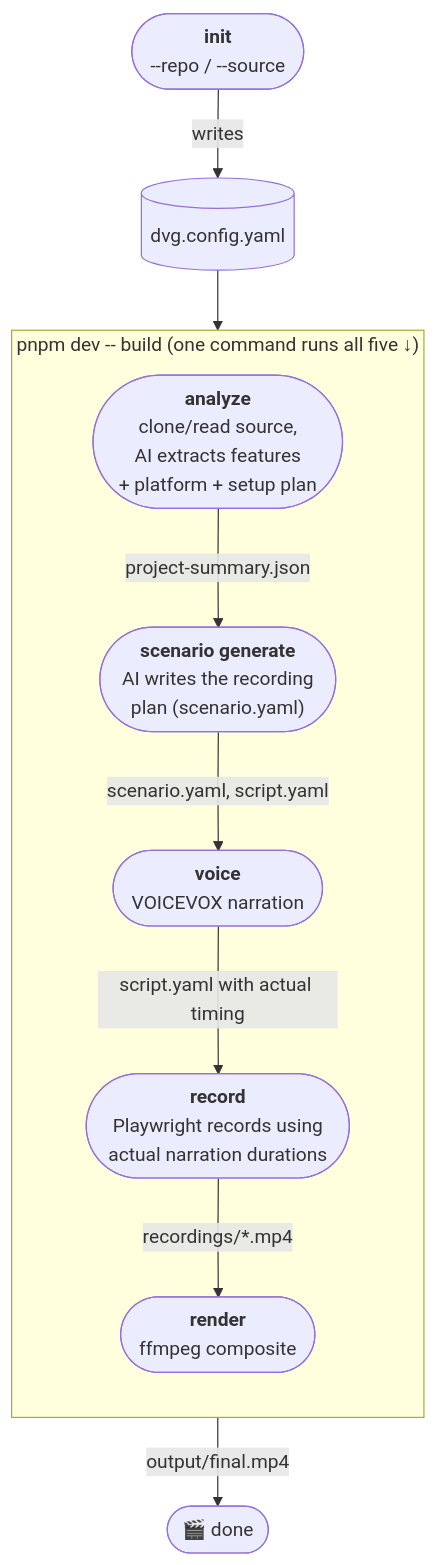
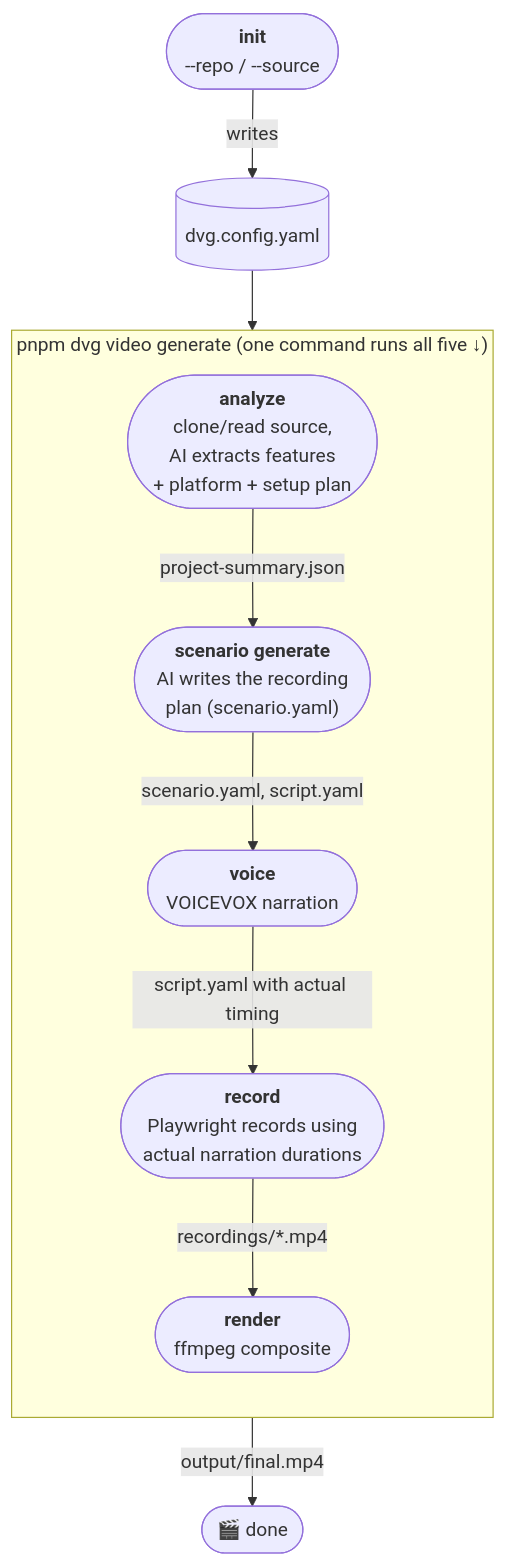
One commit to TakuKobayashi/auto-product-video-generator changed the diagram in README.md. Above: the diagram before and after it, drawn with Mermaid. The commit also changed other lines of this file and 15 other files, not shown here.

````diff
--- a/README.md
+++ b/README.md
@@ -58,20 +58,20 @@
 ```mermaid
 flowchart TD
     init(["<b>init</b><br/>--repo / --source"]) -->|writes| cfg[(dvg.config.yaml)]
 
-    subgraph build["pnpm dev -- build  (one command runs all five ↓)"]
+    subgraph build["pnpm dvg video generate  (one command runs all five ↓)"]
         direction TB
         analyze(["<b>analyze</b><br/>clone/read source,<br/>AI extracts features<br/>+ platform + setup plan"])
         scenario(["<b>scenario generate</b><br/>AI writes the recording<br/>plan (scenario.yaml)"])
         voice(["<b>voice</b><br/>VOICEVOX narration"])
         record(["<b>record</b><br/>Playwright records using<br/>actual narration durations"])
         render(["<b>render</b><br/>ffmpeg composite"])
         analyze -->|project-summary.json| scenario
         scenario -->|scenario.yaml, script.yaml| voice
         voice -->|script.yaml with actual timing| record
         record -->|recordings/*.mp4| render
     end
 
     cfg --> analyze
     render -->|output/final.mp4| done(["🎬 done"])
 ```
````
